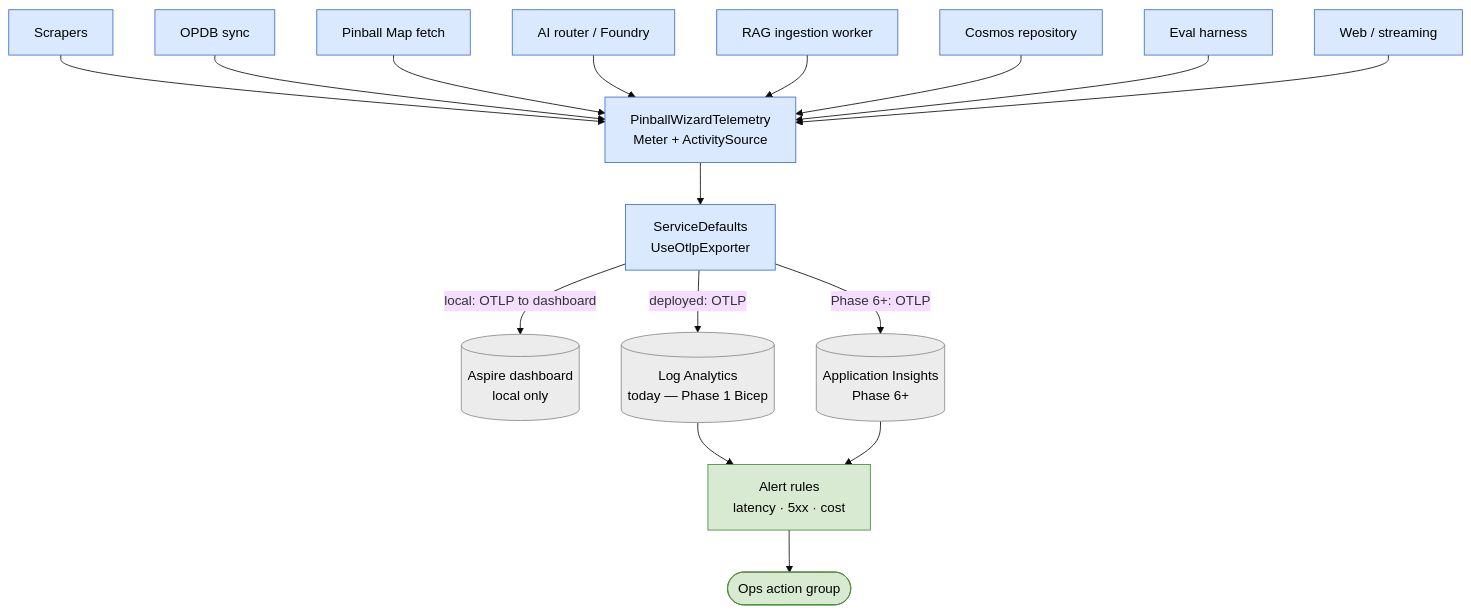
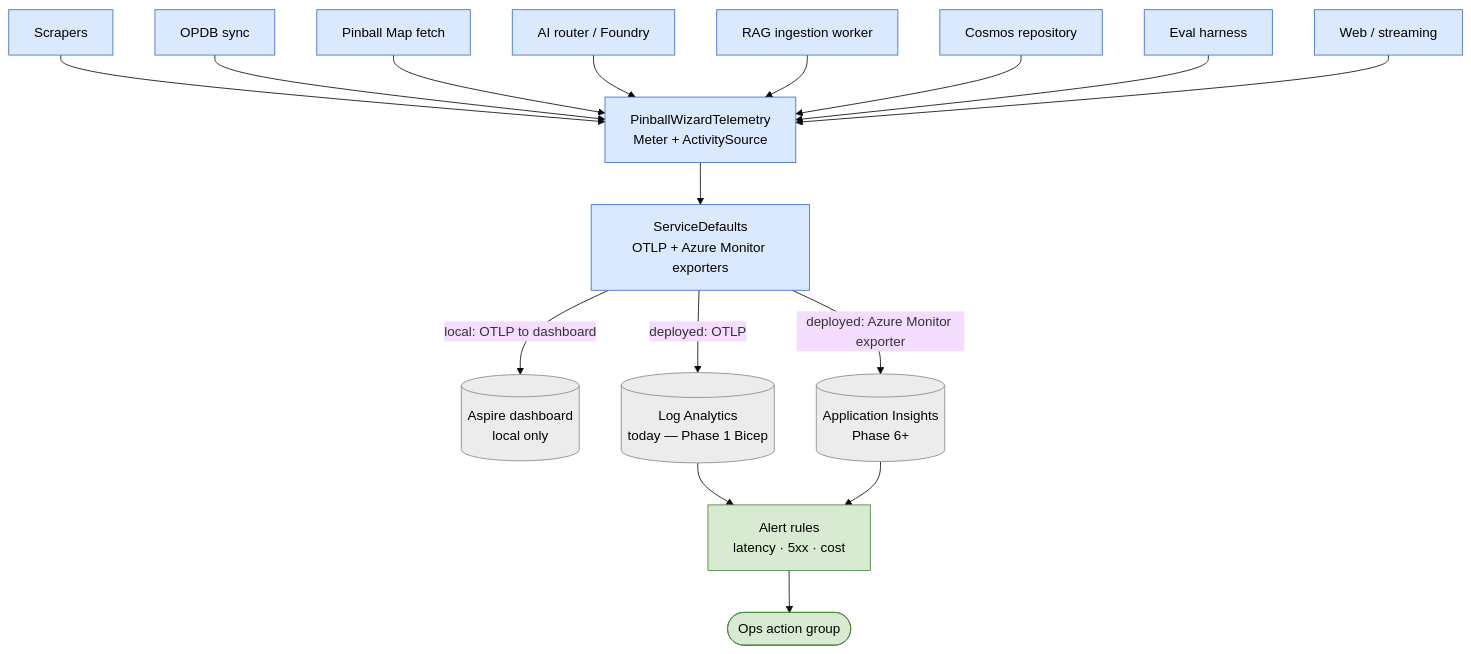
One commit to Early-Bird-Solutions-LLC/PinballWizard changed the diagram in docs/observability.md. Above: the diagram before and after it, drawn with Mermaid (base theme). The commit also changed other lines of this file, not shown here.

First line of the commit message:
docs(observability) correct deployed exporter path — Azure Monitor, not OTLP

````diff
--- a/docs/observability.md
+++ b/docs/observability.md
@@ -17,49 +17,49 @@
 ```mermaid
 flowchart TD
     classDef svc fill:#dbe9ff,stroke:#3a6fd0,color:#000
     classDef data fill:#ececec,stroke:#8a8a8a,color:#000
     classDef gov fill:#d9ead3,stroke:#4a8a3a,color:#000
 
     SCRAPER[Scrapers]
     OPDB[OPDB sync]
     PMAP[Pinball Map fetch]
     ROUTER[AI router / Foundry]
     WORKER[RAG ingestion worker]
     COSMOS_SRC[Cosmos repository]
     EVAL[Eval harness]
     WEB[Web / streaming]
 
     TELEM[PinballWizardTelemetry<br/>Meter + ActivitySource]
 
-    SD[ServiceDefaults<br/>UseOtlpExporter]
+    SD[ServiceDefaults<br/>OTLP + Azure Monitor exporters]
 
     ASPIRE[(Aspire dashboard<br/>local only)]
     LA[(Log Analytics<br/>today — Phase 1 Bicep)]
     AI[(Application Insights<br/>Phase 6+)]
 
     ALERTS[Alert rules<br/>latency · 5xx · cost]
     ACTIONS([Ops action group])
 
     SCRAPER --> TELEM
     OPDB --> TELEM
     PMAP --> TELEM
     ROUTER --> TELEM
     WORKER --> TELEM
     COSMOS_SRC --> TELEM
     EVAL --> TELEM
     WEB --> TELEM
 
     TELEM --> SD
 
     SD -->|local: OTLP to dashboard| ASPIRE
     SD -->|deployed: OTLP| LA
-    SD -->|Phase 6+: OTLP| AI
+    SD -->|deployed: Azure Monitor exporter| AI
 
     LA --> ALERTS
     AI --> ALERTS
     ALERTS --> ACTIONS
 
     class SCRAPER,OPDB,PMAP,ROUTER,WORKER,COSMOS_SRC,EVAL,WEB,TELEM,SD svc
     class ASPIRE,LA,AI data
     class ALERTS,ACTIONS gov
 ```
````
